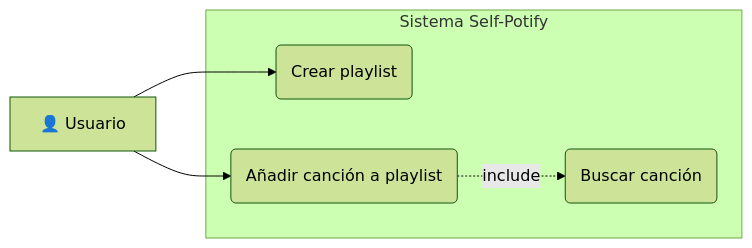
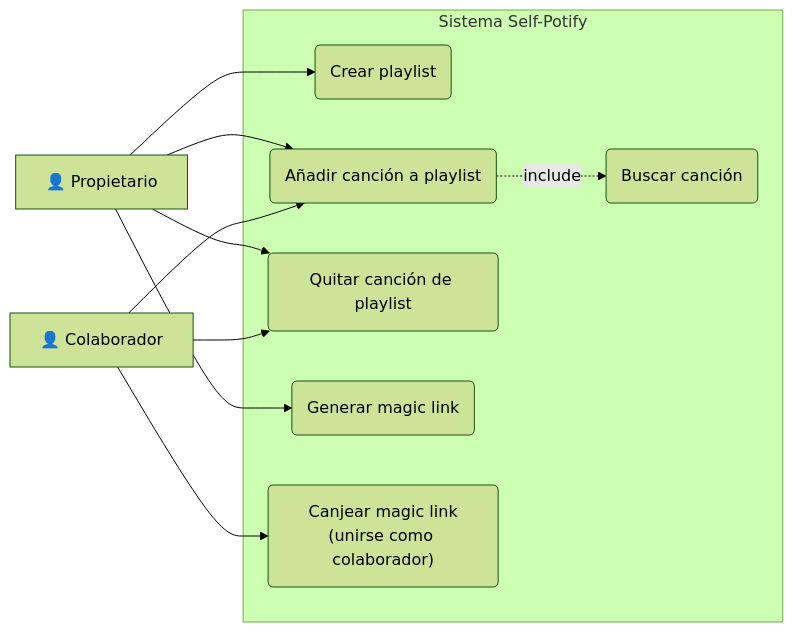
Before and after one commit to conguchu/selfpotify: diagram 14 of 27 in README.md, drawn with Mermaid (forest theme). The commit also changed other lines of this file and 1 other file, not shown here.

Commit message:
(doc) playlists compartidas: documenta colaboración vía magic link, decisiones de diseño, flujo y casos de uso; actualiza diagrama de clases y API-doc

````diff
--- a/README.md
+++ b/README.md
@@ -725,14 +777,23 @@
 ```mermaid
 graph LR
-    User["👤 Usuario"]
+    Owner["👤 Propietario"]
+    Collab["👤 Colaborador"]
 
     subgraph Sistema Self-Potify
         UC2("Crear playlist")
         UC2a("Buscar canción")
         UC2b("Añadir canción a playlist")
+        UC2c("Quitar canción de playlist")
+        UC2d("Generar magic link")
+        UC2e("Canjear magic link<br/>(unirse como colaborador)")
     end
 
-    User --> UC2
-    User --> UC2b
+    Owner --> UC2
+    Owner --> UC2b
+    Owner --> UC2c
+    Owner --> UC2d
+    Collab --> UC2e
+    Collab --> UC2b
+    Collab --> UC2c
     UC2b -.->|include| UC2a
 ```
````
